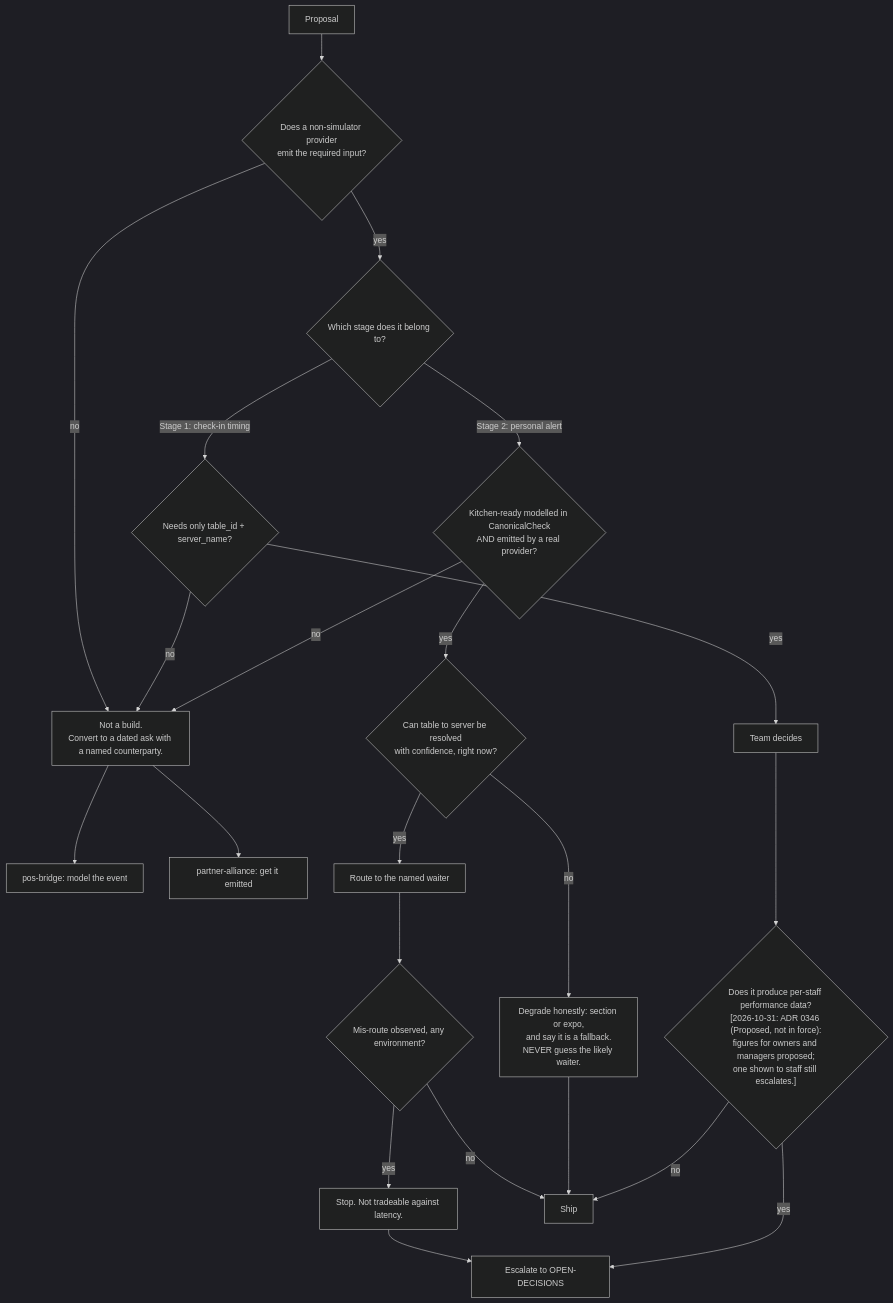
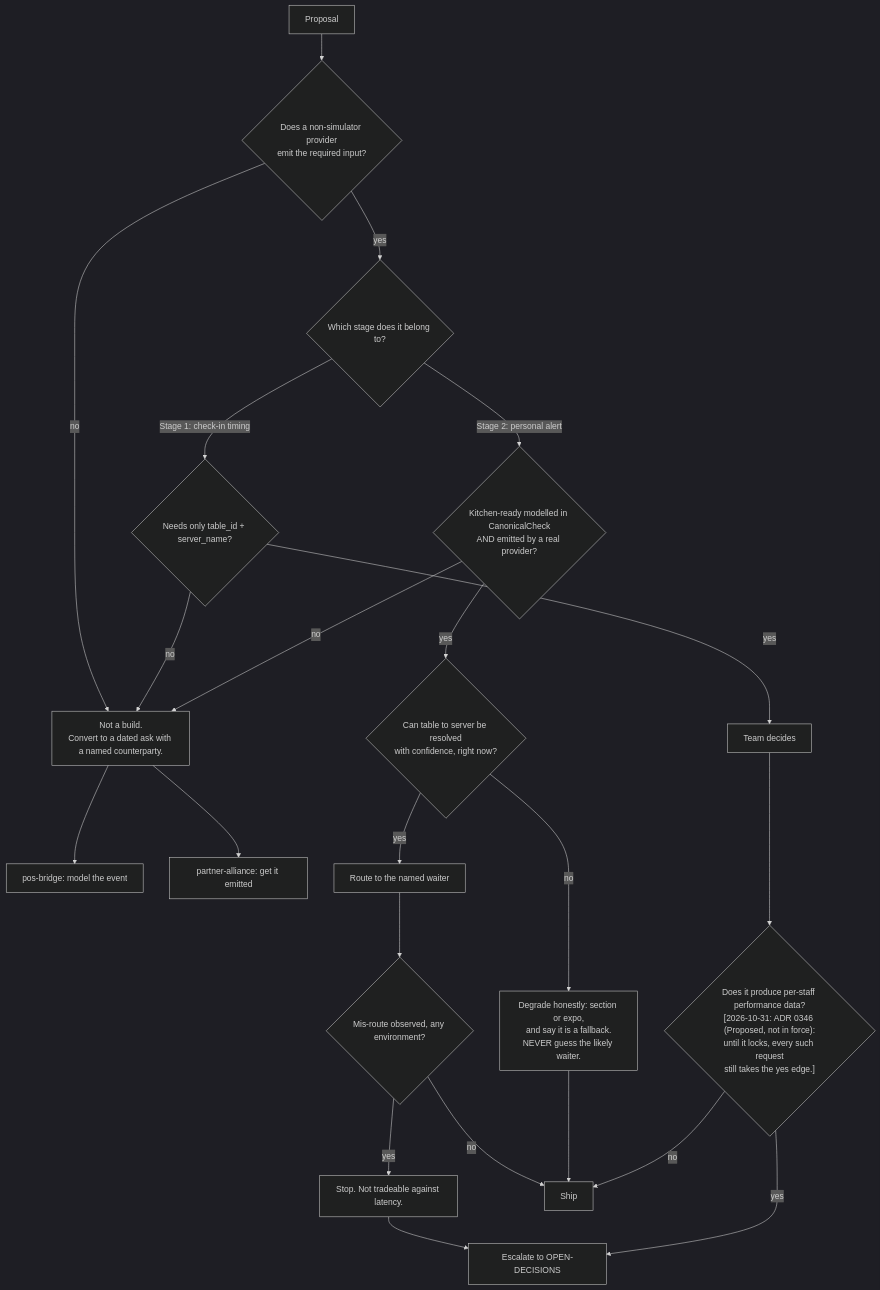
One commit to aldemirkonuk/RestaurantAIAutomation changed the diagram in .planning/01-org/product/product-vision/teams/service-floor/service-floor-directive.md. Above: the diagram before and after it, drawn with Mermaid (dark theme). The commit also changed 2 other files, not shown here.

Commit message:
docs: hedge the agenda and directive brackets that a Proposed ADR moves
The PR audit gate blocked 0ece61322 again. Three brackets still read
as in force on Proposed ADRs: agenda :93 ("moot"), :95 (the push
non-action "set aside") and :107 ("answered"). The directive's diagram
label also disagreed with its own trigger list about whether a
manager-only figure escalates. All four now hold until the ADR locks,
and the diagram says every request still takes the yes edge. In 0345,
E3 called OD-236's window and handoff key a call, contradicting the
record's own "open forks stay open"; it now calls them a proposal
waiting on OD-236.

````diff
--- a/.planning/01-org/product/product-vision/teams/service-floor/service-floor-directive.md
+++ b/.planning/01-org/product/product-vision/teams/service-floor/service-floor-directive.md
@@ -20,29 +20,29 @@
 ```mermaid
 graph TD
   A[Proposal] --> B{Does a non-simulator provider<br/>emit the required input?}
   B -->|no| C[Not a build.<br/>Convert to a dated ask with a named counterparty.]
   C --> C1[pos-bridge: model the event]
   C --> C2[partner-alliance: get it emitted]
   B -->|yes| D{Which stage does it belong to?}
 
   D -->|Stage 1: check-in timing| E{Needs only table_id + server_name?}
   E -->|yes| F[Team decides]
   E -->|no| C
 
   D -->|Stage 2: personal alert| G{Kitchen-ready modelled in CanonicalCheck<br/>AND emitted by a real provider?}
   G -->|no| C
   G -->|yes| H{Can table to server be resolved<br/>with confidence, right now?}
 
   H -->|yes| I[Route to the named waiter]
   H -->|no| J[Degrade honestly: section or expo,<br/>and say it is a fallback.<br/>NEVER guess the likely waiter.]
 
   I --> K{Mis-route observed, any environment?}
   K -->|yes| L[Stop. Not tradeable against latency.]
   K -->|no| M[Ship]
   J --> M
 
   L --> N[Escalate to OPEN-DECISIONS]
-  F --> O{"Does it produce per-staff performance data?<br/>[2026-10-31: ADR 0346 (Proposed, not in force):<br/>figures for owners and managers proposed;<br/>one shown to staff still escalates.]"}
+  F --> O{"Does it produce per-staff performance data?<br/>[2026-10-31: ADR 0346 (Proposed, not in force):<br/>until it locks, every such request<br/>still takes the yes edge.]"}
   O -->|yes| N
   O -->|no| M
 ```
````
